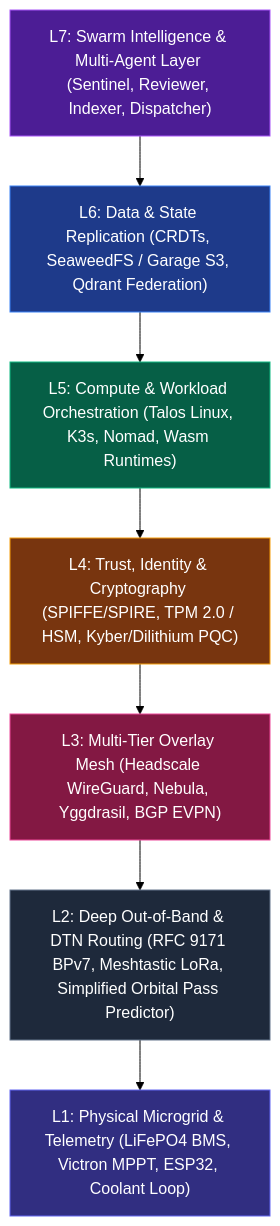
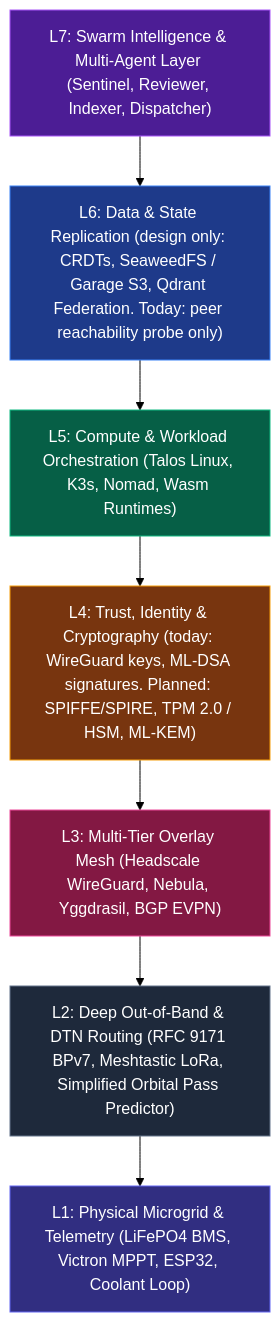
The first of 6 diagrams in ARCHITECTURE.md (iliachry/sovereign-mini-datacenter), drawn with Mermaid (forest theme) before and after one commit. The commit also changed other lines of this file and 91 other files, not shown here.

````diff
--- a/ARCHITECTURE.md
+++ b/ARCHITECTURE.md
@@ -60,25 +62,25 @@
 ```mermaid
 graph TD
     classDef l7 fill:#4c1d95,stroke:#a855f7,color:#fff;
     classDef l6 fill:#1e3a8a,stroke:#3b82f6,color:#fff;
     classDef l5 fill:#065f46,stroke:#10b981,color:#fff;
     classDef l4 fill:#78350f,stroke:#f59e0b,color:#fff;
     classDef l3 fill:#831843,stroke:#ec4899,color:#fff;
     classDef l2 fill:#1e293b,stroke:#64748b,color:#fff;
     classDef l1 fill:#312e81,stroke:#6366f1,color:#fff;
 
     L7["L7: Swarm Intelligence & Multi-Agent Layer (Sentinel, Reviewer, Indexer, Dispatcher)"]:::l7
-    L6["L6: Data & State Replication (CRDTs, SeaweedFS / Garage S3, Qdrant Federation)"]:::l6
+    L6["L6: Data & State Replication (design only: CRDTs, SeaweedFS / Garage S3, Qdrant Federation. Today: peer reachability probe only)"]:::l6
     L5["L5: Compute & Workload Orchestration (Talos Linux, K3s, Nomad, Wasm Runtimes)"]:::l5
-    L4["L4: Trust, Identity & Cryptography (SPIFFE/SPIRE, TPM 2.0 / HSM, Kyber/Dilithium PQC)"]:::l4
+    L4["L4: Trust, Identity & Cryptography (today: WireGuard keys, ML-DSA signatures. Planned: SPIFFE/SPIRE, TPM 2.0 / HSM, ML-KEM)"]:::l4
     L3["L3: Multi-Tier Overlay Mesh (Headscale WireGuard, Nebula, Yggdrasil, BGP EVPN)"]:::l3
     L2["L2: Deep Out-of-Band & DTN Routing (RFC 9171 BPv7, Meshtastic LoRa, Simplified Orbital Pass Predictor)"]:::l2
     L1["L1: Physical Microgrid & Telemetry (LiFePO4 BMS, Victron MPPT, ESP32, Coolant Loop)"]:::l1
 
     L7 --> L6
     L6 --> L5
     L5 --> L4
     L4 --> L3
     L3 --> L2
     L2 --> L1
 ```
````
